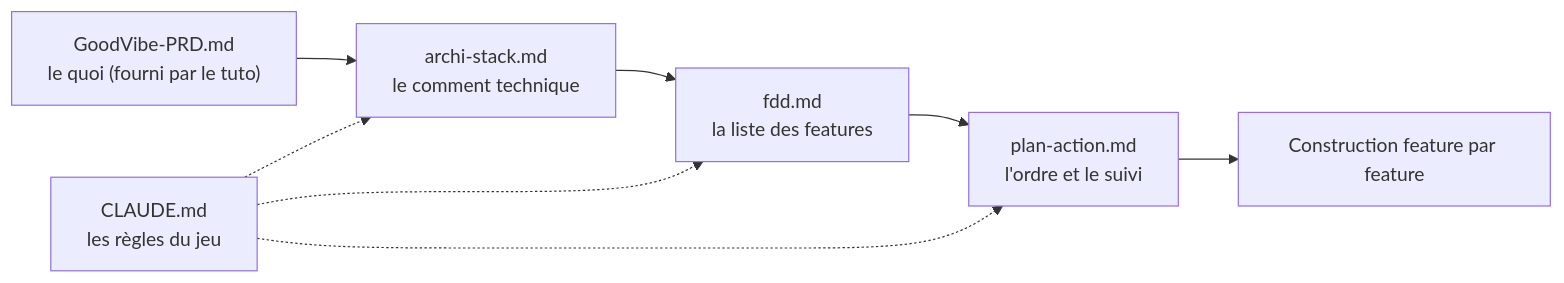
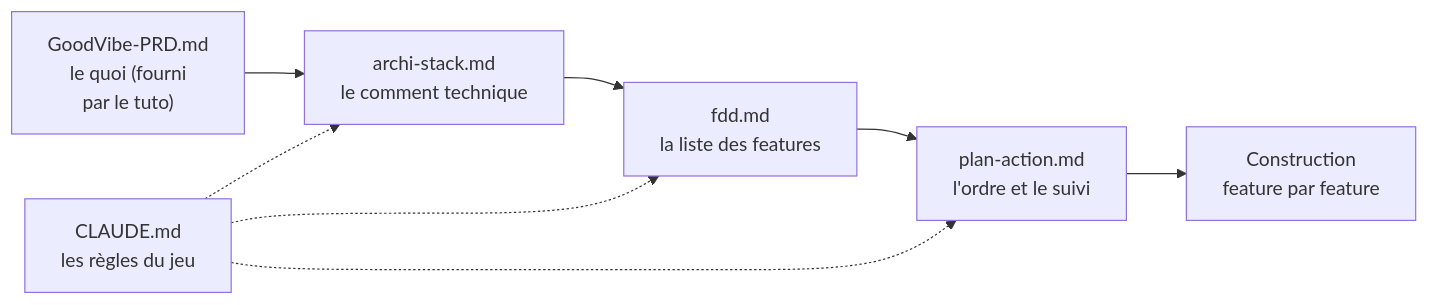
Before and after one commit to lecinquiemejour-code/goodvibe-tuto: the eighth of 42 diagrams in tuto-goodvibe-vibecoding.md, drawn with Mermaid. The commit also changed other lines of this file and 1 other file, not shown here.

First line of the commit message:
fix(tuto, readme): lignes des boîtes redécoupées dans tous les diagrammes, pour ne plus être coupées sur GitHub

````diff
--- a/tuto-goodvibe-vibecoding.md
+++ b/tuto-goodvibe-vibecoding.md
@@ -493,8 +493,8 @@
 ```mermaid
 flowchart LR
-    PRD["GoodVibe-PRD.md<br/>le quoi (fourni par le tuto)"] --> AS["archi-stack.md<br/>le comment technique"]
+    PRD["GoodVibe-PRD.md<br/>le quoi (fourni<br/>par le tuto)"] --> AS["archi-stack.md<br/>le comment technique"]
     AS --> FDD["fdd.md<br/>la liste des features"]
     FDD --> PA["plan-action.md<br/>l'ordre et le suivi"]
     CL["CLAUDE.md<br/>les règles du jeu"] -.-> AS & FDD & PA
-    PA --> BUILD["Construction feature par feature"]
+    PA --> BUILD["Construction<br/>feature par feature"]
 ```
````
